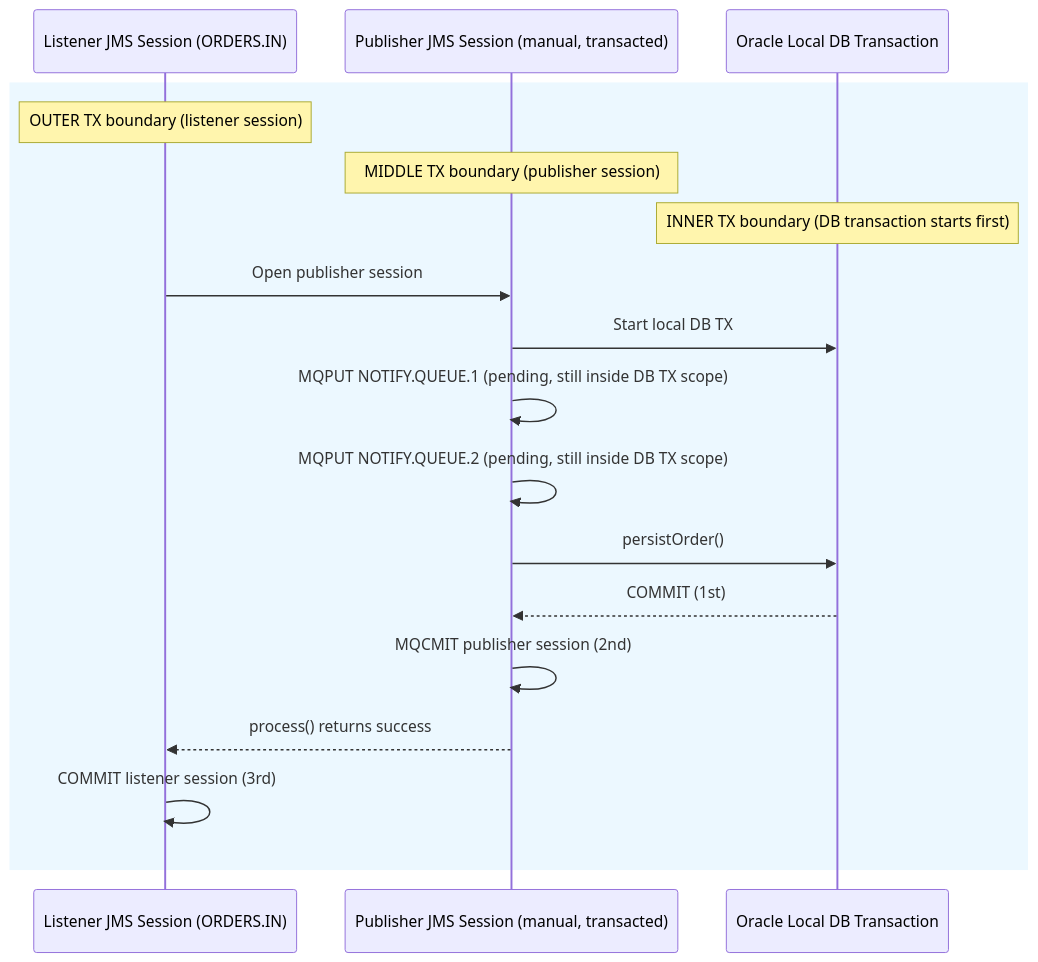
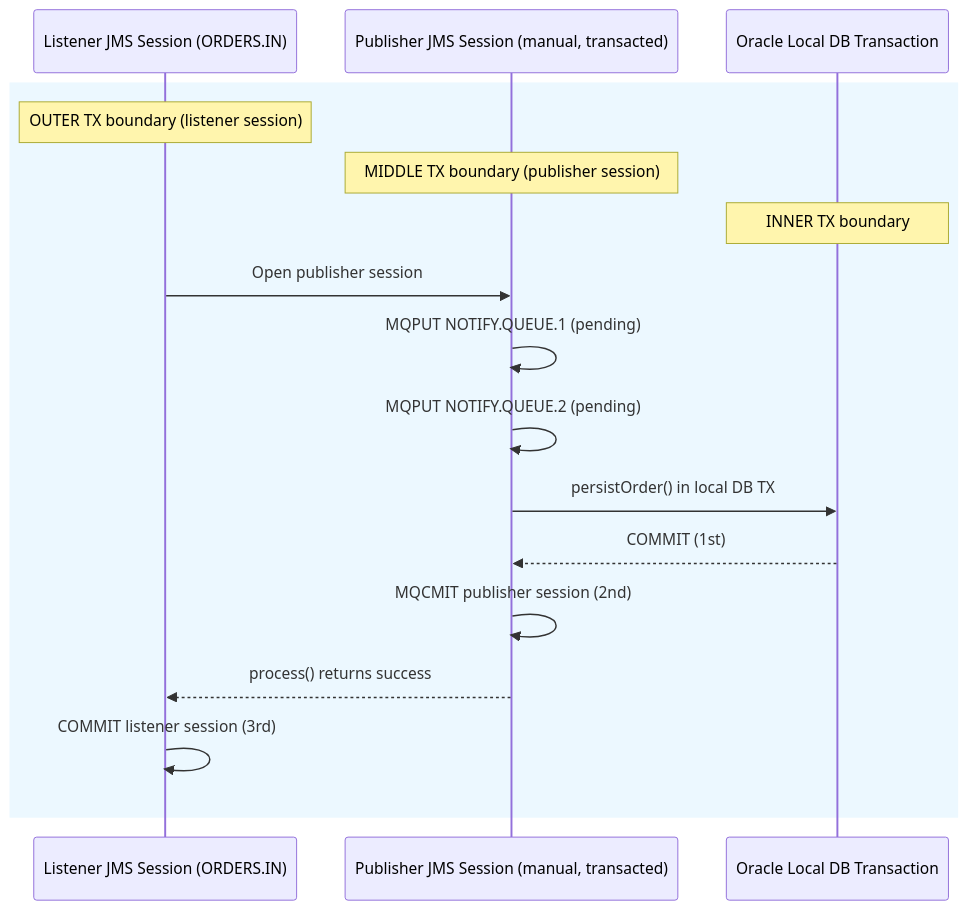
Before and after one commit to rrobetti/spring-boot-oracle-db-ibm-mq-try-confirm-cancel: the diagram in README.md, drawn with Mermaid. The commit also changed 2 other files, not shown here.

Commit message:
Simplify transaction flow: stage MQ then DB REQUIRES_NEW

````diff
--- a/README.md
+++ b/README.md
@@ -9,21 +9,20 @@
 ```mermaid
 sequenceDiagram
     participant L as Listener JMS Session (ORDERS.IN)
     participant P as Publisher JMS Session (manual, transacted)
     participant DB as Oracle Local DB Transaction
 
     rect rgb(236, 248, 255)
         Note over L: OUTER TX boundary (listener session)
         Note over P: MIDDLE TX boundary (publisher session)
-        Note over DB: INNER TX boundary (DB transaction starts first)
+        Note over DB: INNER TX boundary
         L->>P: Open publisher session
-        P->>DB: Start local DB TX
-        P->>P: MQPUT NOTIFY.QUEUE.1 (pending, still inside DB TX scope)
-        P->>P: MQPUT NOTIFY.QUEUE.2 (pending, still inside DB TX scope)
-        P->>DB: persistOrder()
+        P->>P: MQPUT NOTIFY.QUEUE.1 (pending)
+        P->>P: MQPUT NOTIFY.QUEUE.2 (pending)
+        P->>DB: persistOrder() in local DB TX
         DB-->>P: COMMIT (1st)
         P->>P: MQCMIT publisher session (2nd)
         P-->>L: process() returns success
         L->>L: COMMIT listener session (3rd)
     end
 ```
````
